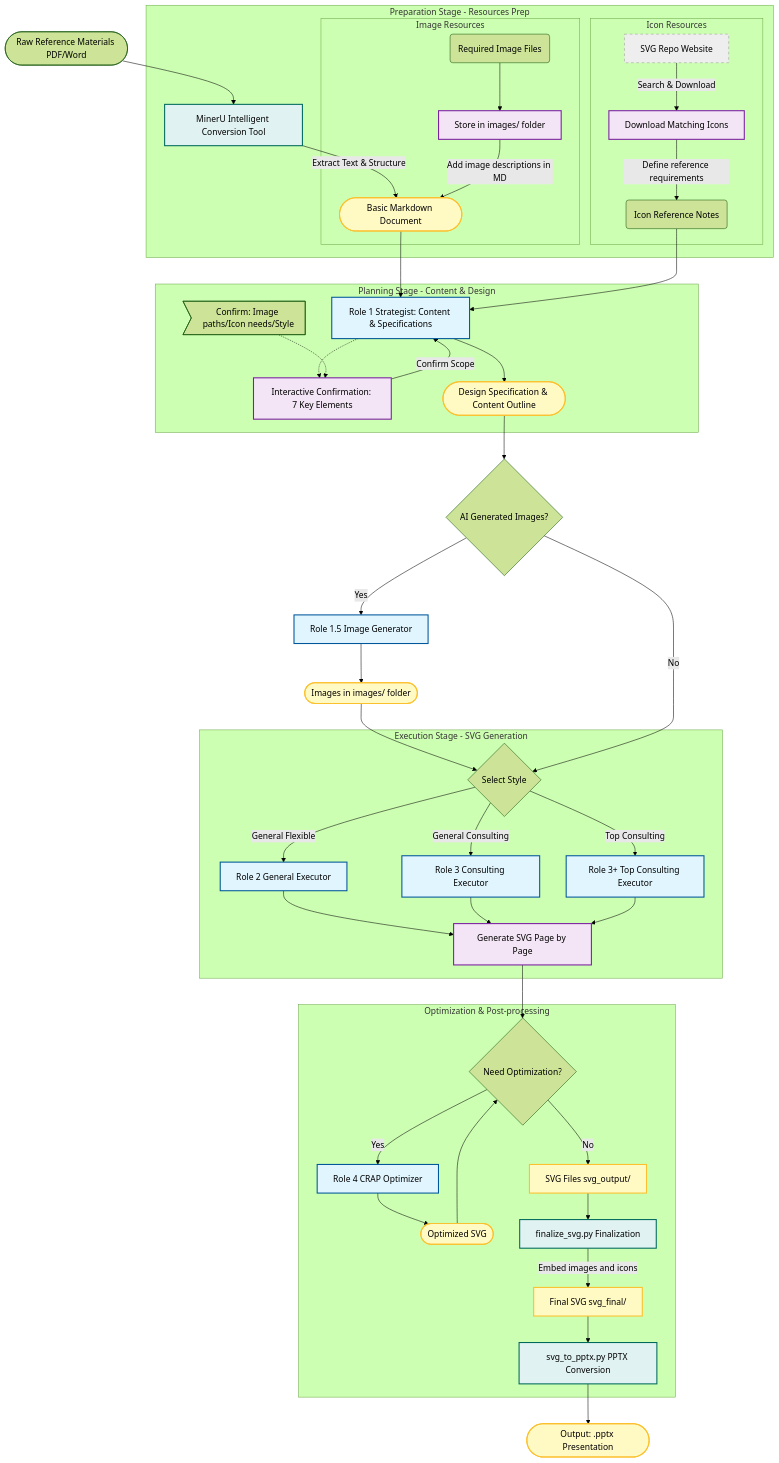
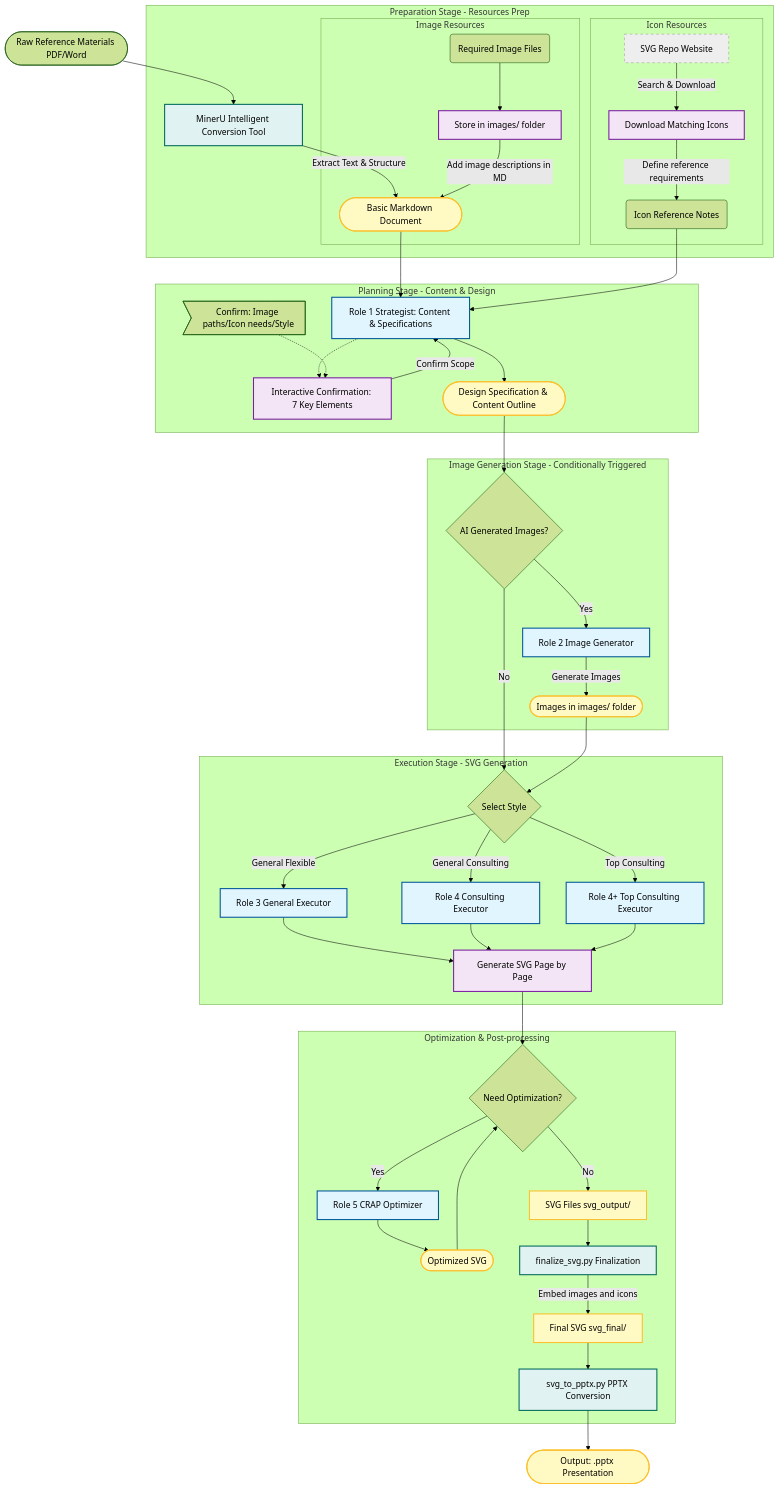
Before and after one commit to hugohe3/ppt-master: the diagram in README_EN.md, drawn with Mermaid (forest theme). The commit also changed other lines of this file and 2 other files, not shown here.

Commit message:
docs: 同步更新 README 流程图和角色介绍，新增 Image_Generator 角色
- 更新快速概览和 mermaid 流程图，新增 Image_Generator 条件分支
- "四大角色"改为"核心角色"，补充 6 角色说明
- 统一角色编号：1 策略师 → 2 图片生成师 → 3-5 执行师 → 6 优化师
- 更新 FAQ，新增 Image_Generator 使用说明
- 同步更新中英文 README 和 roles/README.md

```diff
--- a/README_EN.md
+++ b/README_EN.md
@@ -238,17 +238,20 @@
 
     SpecDoc --> CheckImage{AI Generated Images?}
     
-    %% Image Generation Stage
-    CheckImage -- Yes --> ImageGen[Role 1.5 Image Generator]:::role
-    ImageGen --> ImagesReady([Images in images/ folder]):::artifact
-    ImagesReady --> SelectStyle
-    CheckImage -- No --> SelectStyle{Select Style}
+    %% Image Generation Stage (conditionally triggered)
+    subgraph ImageGenStage [Image Generation Stage - Conditionally Triggered]
+        CheckImage -- Yes --> ImageGen[Role 2 Image Generator]:::role
+        ImageGen -- Generate Images --> ImagesReady([Images in images/ folder]):::artifact
+    end
+
+    CheckImage -- No --> SelectStyle
+    ImagesReady --> SelectStyle{Select Style}
 
     %% Execution Stage
     subgraph Execution [Execution Stage - SVG Generation]
-        SelectStyle -- General Flexible --> ExecGen[Role 2 General Executor]:::role
-        SelectStyle -- General Consulting --> ExecCon[Role 3 Consulting Executor]:::role
-        SelectStyle -- Top Consulting --> ExecTop[Role 3+ Top Consulting Executor]:::role
+        SelectStyle -- General Flexible --> ExecGen[Role 3 General Executor]:::role
+        SelectStyle -- General Consulting --> ExecCon[Role 4 Consulting Executor]:::role
+        SelectStyle -- Top Consulting --> ExecTop[Role 4+ Top Consulting Executor]:::role
         
         ExecGen --> GenerateLoop
         ExecCon --> GenerateLoop
@@ -261,7 +264,7 @@
 
     %% Optimization & Output
     subgraph Output [Optimization & Post-processing]
-        CheckQA -- Yes --> Optimizer[Role 4 CRAP Optimizer]:::role
+        CheckQA -- Yes --> Optimizer[Role 5 CRAP Optimizer]:::role
         Optimizer --> OptimizedSVG([Optimized SVG]):::artifact
         OptimizedSVG --> CheckQA
         
```
